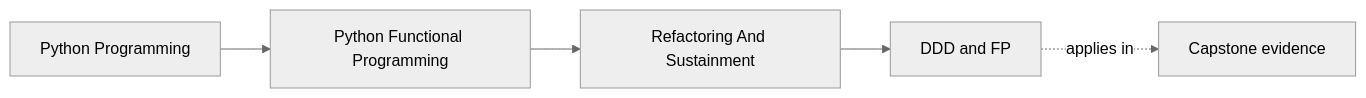
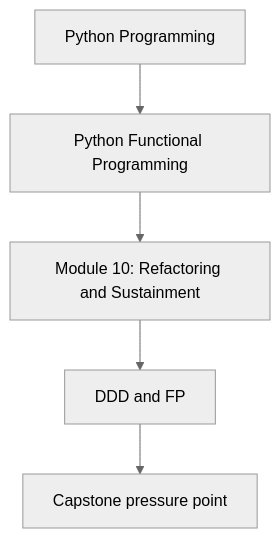
Before and after one commit to bijux/bijux-masterclass: the first of 2 diagrams in programs/python-programming/python-functional-programming/course-book/module-10-refactoring-and-sustainment/ddd-and-fp.md, drawn with Mermaid (neutral theme). The commit also changed other lines of this file and 118 other files, not shown here.

Commit message:
docs(python-functional-programming): align concept page diagrams

````diff
--- a/programs/python-programming/python-functional-programming/course-book/module-10-refactoring-and-sustainment/ddd-and-fp.md
+++ b/programs/python-programming/python-functional-programming/course-book/module-10-refactoring-and-sustainment/ddd-and-fp.md
@@ -7,11 +7,7 @@
 ```mermaid
-graph LR
-  family["Python Programming"]
-  program["Python Functional Programming"]
-  section["Refactoring And Sustainment"]
-  page["DDD and FP"]
-  capstone["Capstone evidence"]
-
-  family --> program --> section --> page
-  page -.applies in.-> capstone
+flowchart TD
+  family["Python Programming"] --> program["Python Functional Programming"]
+  program --> module["Module 10: Refactoring and Sustainment"]
+  module --> concept["DDD and FP"]
+  concept --> capstone["Capstone pressure point"]
 ```
````
